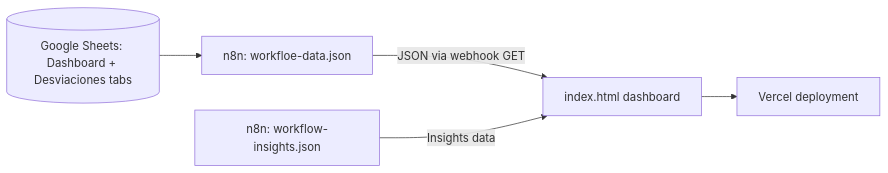
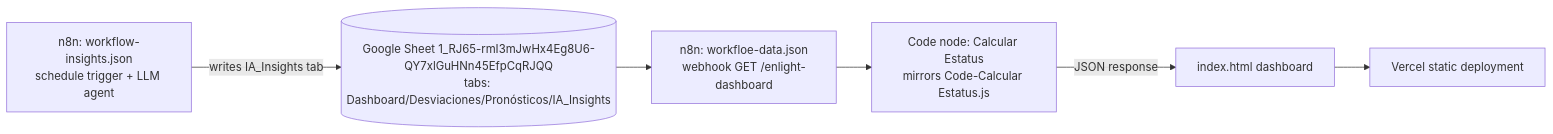
The diagram in CLAUDE.md (emilianomartinez-glitch/enlightone), drawn with Mermaid before and after one commit. The commit also changed other lines of this file, not shown here.

Commit message:
feat: Update CLAUDE.md with enhanced project details, architecture, and compliance notes

````diff
--- a/CLAUDE.md
+++ b/CLAUDE.md
@@ -13,7 +13,8 @@
 ```mermaid
 graph LR
-  A[(Google Sheets: Dashboard + Desviaciones tabs)] --> B[n8n: workfloe-data.json]
-  B -->|JSON via webhook GET| C[index.html dashboard]
-  D[n8n: workflow-insights.json] -->|Insights data| C
-  C --> E[Vercel deployment]
+  A[(Google Sheet 1_RJ65-rmI3mJwHx4Eg8U6-QY7xlGuHNn45EfpCqRJQQ<br/>tabs: Dashboard/Desviaciones/Pronósticos/IA_Insights)] --> B[n8n: workfloe-data.json<br/>webhook GET /enlight-dashboard]
+  B --> B1[Code node: Calcular Estatus<br/>mirrors Code-Calcular Estatus.js]
+  B1 -->|JSON response| C[index.html dashboard]
+  D[n8n: workflow-insights.json<br/>schedule trigger + LLM agent] -->|writes IA_Insights tab| A
+  C --> E[Vercel static deployment]
 ```
````
